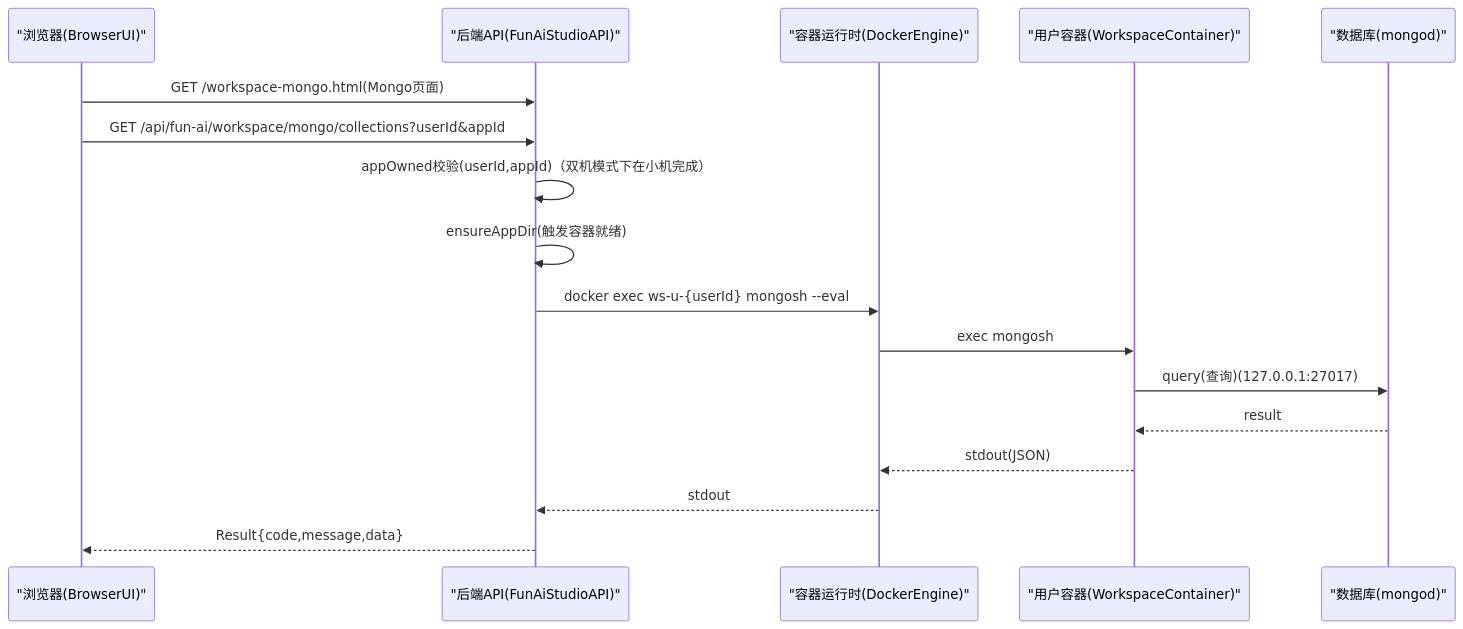
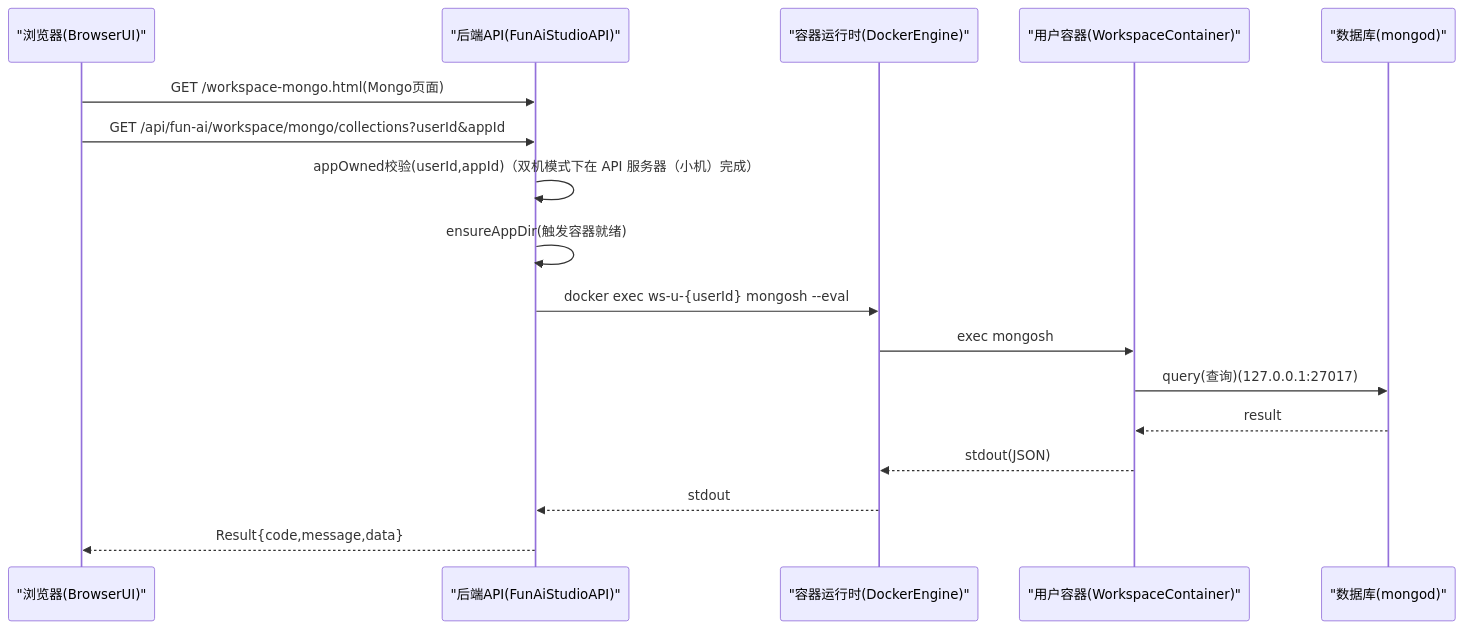
The diagram in src/main/resources/doc/domains/workspace/mongo-explorer.md (ruiAndroid/fun-ai-studio-api), drawn with Mermaid before and after one commit. The commit also changed other lines of this file and 24 other files, not shown here.

````diff
--- a/src/main/resources/doc/domains/workspace/mongo-explorer.md
+++ b/src/main/resources/doc/domains/workspace/mongo-explorer.md
@@ -32,20 +32,20 @@
 ```mermaid
 sequenceDiagram
 participant Browser as "浏览器(BrowserUI)"
 participant Api as "后端API(FunAiStudioAPI)"
 participant Docker as "容器运行时(DockerEngine)"
 participant WsContainer as "用户容器(WorkspaceContainer)"
 participant Mongo as "数据库(mongod)"
 
 Browser->>Api: GET /workspace-mongo.html(Mongo页面)
 Browser->>Api: GET /api/fun-ai/workspace/mongo/collections?userId&appId
-Api->>Api: appOwned校验(userId,appId)（双机模式下在小机完成）
+Api->>Api: appOwned校验(userId,appId)（双机模式下在 API 服务器（小机）完成）
 Api->>Api: ensureAppDir(触发容器就绪)
 Api->>Docker: docker exec ws-u-{userId} mongosh --eval
 Docker->>WsContainer: exec mongosh
 WsContainer->>Mongo: query(查询)(127.0.0.1:27017)
 Mongo-->>WsContainer: result
 WsContainer-->>Docker: stdout(JSON)
 Docker-->>Api: stdout
 Api-->>Browser: Result{code,message,data}
 ```
````
